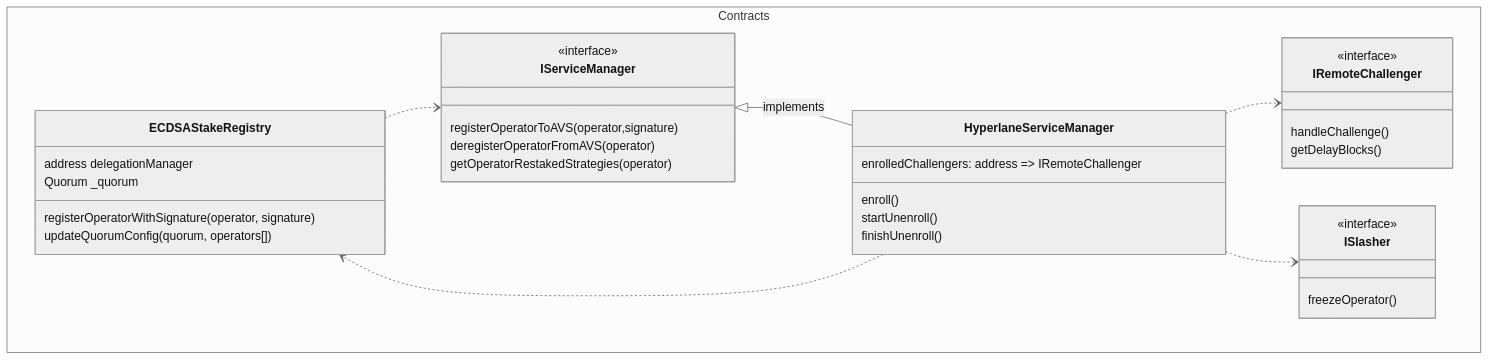
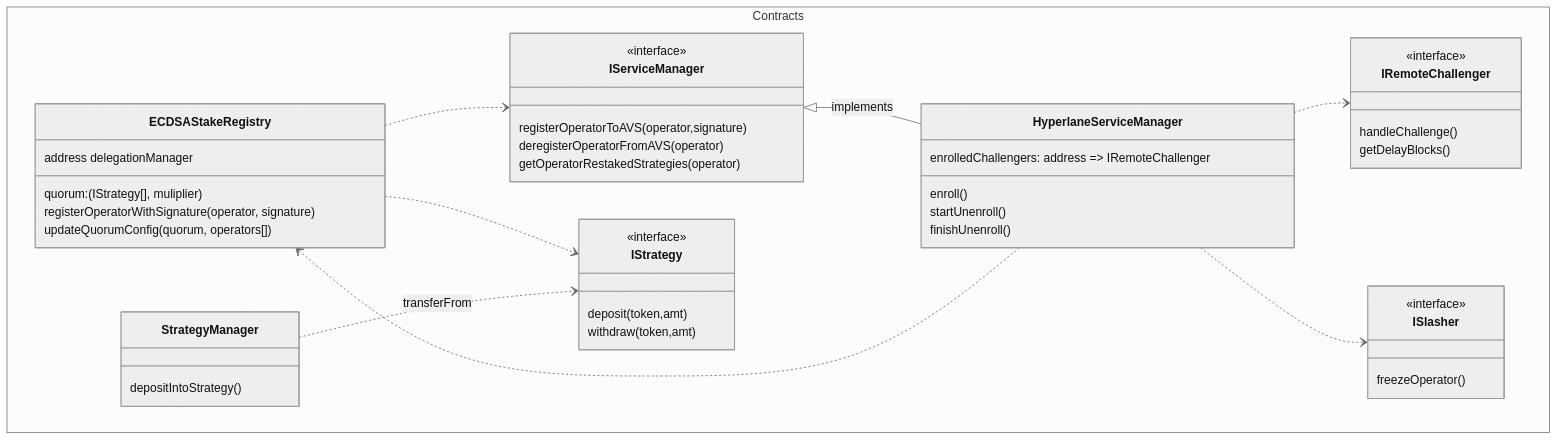
Before and after one commit to hyperlane-xyz/hip: the first of 4 diagrams in HIP-8.md, drawn with Mermaid (neutral theme). The commit also changed other lines of this file, not shown here.

Commit message:
strategyManager

````diff
--- a/HIP-8.md
+++ b/HIP-8.md
@@ -21,46 +21,59 @@
 ```mermaid
 classDiagram
 namespace Contracts {
   class ECDSAStakeRegistry {
     address delegationManager
-    Quorum _quorum
+    quorum: (IStrategy[], muliplier)
 
     registerOperatorWithSignature(operator, signature)
     updateQuorumConfig(quorum, operators[])
   }
   class IServiceManager {
     <<interface>>
 
     registerOperatorToAVS(operator,signature)
     deregisterOperatorFromAVS(operator)
     getOperatorRestakedStrategies(operator)
   }
   class HyperlaneServiceManager {
     enrolledChallengers: address => IRemoteChallenger
 
     enroll()
     startUnenroll()
     finishUnenroll()
 
   }
   class IRemoteChallenger {
     <<interface>>
+
     handleChallenge()
     getDelayBlocks()
   }
   class ISlasher {
     <<interface>>
 
     freezeOperator()
   }
+  class IStrategy {
+    <<interface>>
+
+    deposit(token,amt)
+    withdraw(token,amt)
+  }
+
+  class StrategyManager {
+    depositIntoStrategy()
+  }
 }
 
 
 ECDSAStakeRegistry..>IServiceManager
+ECDSAStakeRegistry..>IStrategy
 HyperlaneServiceManager..>ECDSAStakeRegistry
 HyperlaneServiceManager..> IRemoteChallenger
 HyperlaneServiceManager..> ISlasher
+StrategyManager..>IStrategy: transferFrom
 
 IServiceManager<|--HyperlaneServiceManager: implements
 
 ```
````
